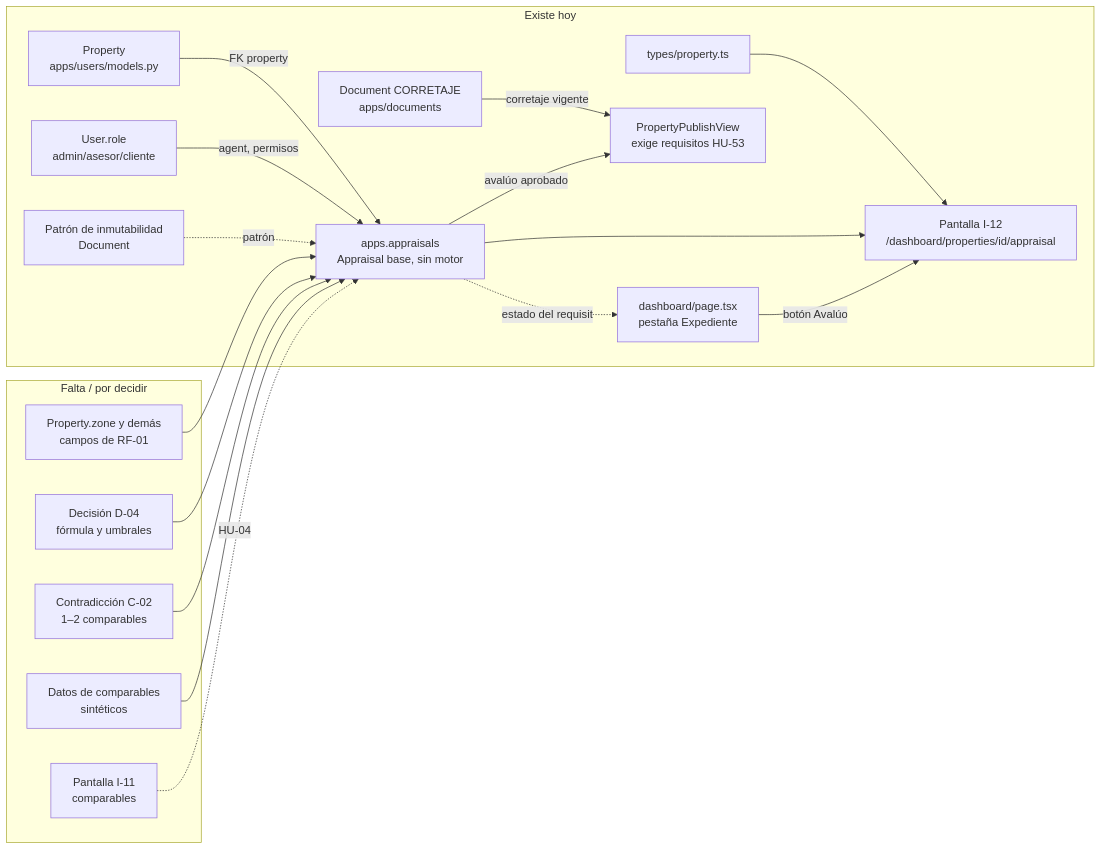
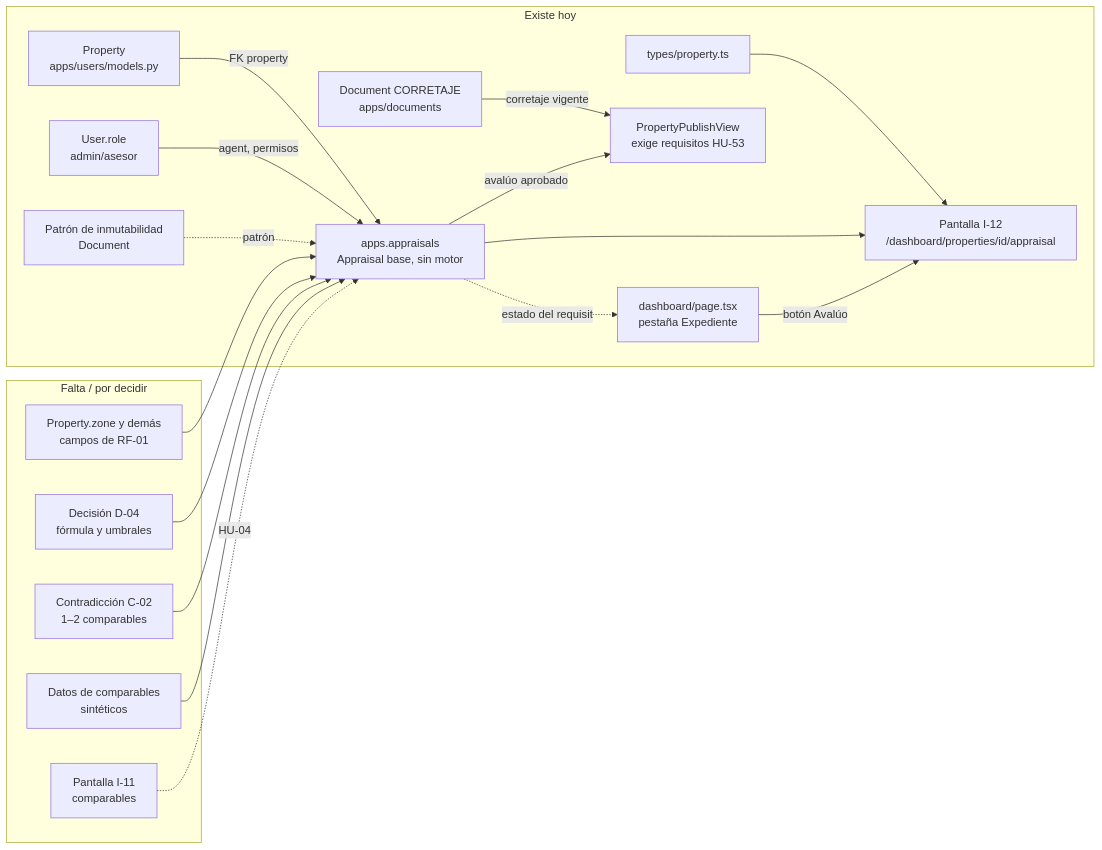
Before and after one commit to P4bl1t0ck/Urbanex: the diagram in docs/handoff/URBANEX_GPS_ARCHIVOS.md, drawn with Mermaid. The commit also changed other lines of this file and 26 other files, not shown here.

````diff
--- a/docs/handoff/URBANEX_GPS_ARCHIVOS.md
+++ b/docs/handoff/URBANEX_GPS_ARCHIVOS.md
@@ -99,35 +100,35 @@
 ```mermaid
 flowchart LR
   subgraph Existe["Existe hoy"]
     P[Property<br/>apps/users/models.py]
-    U[User.role<br/>admin/asesor/cliente]
+    U[User.role<br/>admin/asesor]
     D[Document CORRETAJE<br/>apps/documents]
     T[types/property.ts]
     DB[dashboard/page.tsx<br/>pestaña Expediente]
     PUB[PropertyPublishView<br/>exige requisitos HU-53]
     IMM[Patrón de inmutabilidad<br/>Document]
     A[apps.appraisals<br/>Appraisal base, sin motor]
     UI[Pantalla I-12<br/>/dashboard/properties/id/appraisal]
   end
   subgraph Falta["Falta / por decidir"]
     Z[Property.zone y demás<br/>campos de RF-01]
     D04[Decisión D-04<br/>fórmula y umbrales]
     C02[Contradicción C-02<br/>1–2 comparables]
     SEED[Datos de comparables<br/>sintéticos]
     UI11[Pantalla I-11<br/>comparables]
   end
   P -->|FK property| A
   U -->|agent, permisos| A
   Z --> A
   D04 --> A
   C02 --> A
   SEED --> A
   IMM -.patrón.-> A
   A -->|avalúo aprobado| PUB
   D -->|corretaje vigente| PUB
   A --> UI
   T --> UI
   UI11 -.HU-04.-> A
   A -.estado del requisito.-> DB
   DB -->|botón Avalúo| UI
 ```
````
